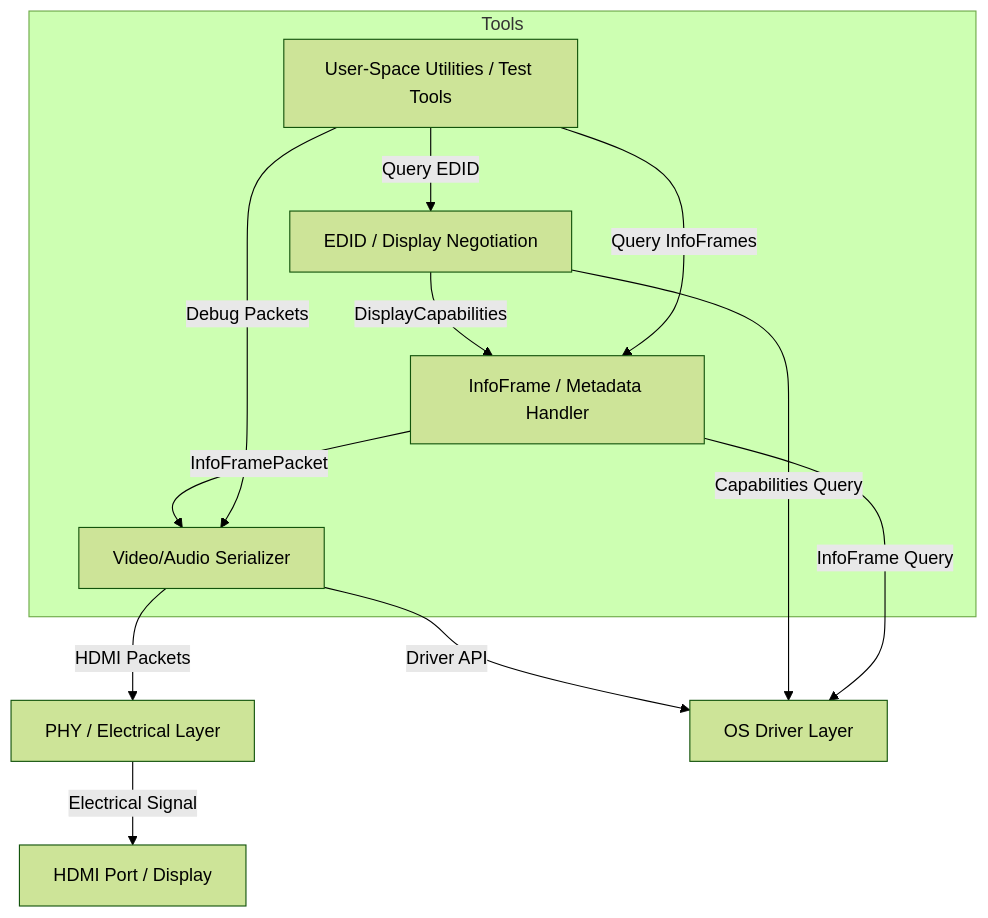
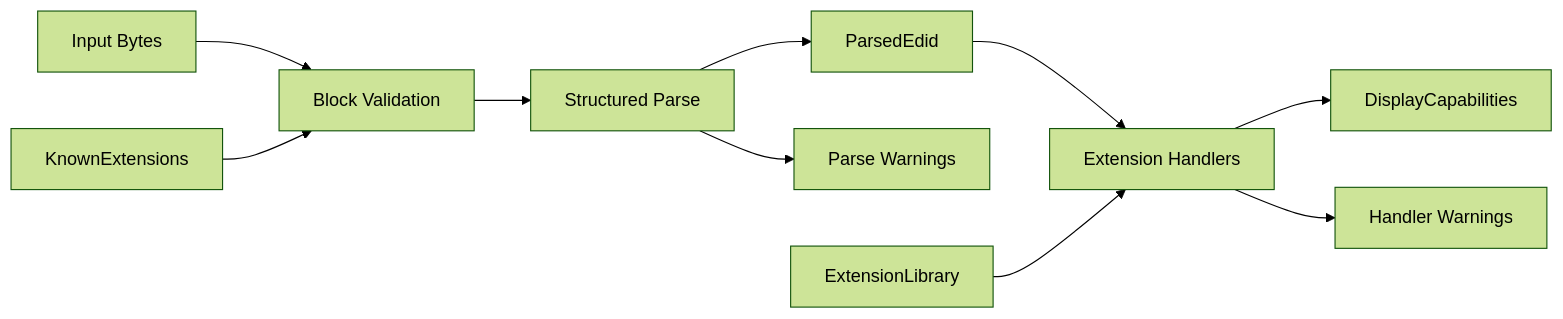
Before and after one commit to DracoWhitefire/piaf: the diagram in README.md, drawn with Mermaid (forest theme). The commit also changed other lines of this file, not shown here.

````diff
--- a/README.md
+++ b/README.md
@@ -33,18 +22,12 @@
 ```mermaid
-flowchart TD
-    %% Modules
-    A[EDID / Display Negotiation] -->|DisplayCapabilities| B[InfoFrame / Metadata Handler]
-    B -->|InfoFramePacket| C[Video/Audio Serializer]
-    C -->|HDMI Packets| D[PHY / Electrical Layer]
-    D -->|Electrical Signal| E[HDMI Port / Display]
-    
-    C -->|Driver API| F[OS Driver Layer]
-    A -->|Capabilities Query| F
-    B -->|InfoFrame Query| F
-    
-    subgraph Tools
-        G[User-Space Utilities / Test Tools] -->|Query EDID| A
-        G -->|Query InfoFrames| B
-        G -->|Debug Packets| C
-    end
+flowchart LR
+    A[Input Bytes] --> B[Block Validation]
+    K[KnownExtensions] --> B
+    B --> C[Structured Parse]
+    C --> D[ParsedEdid]
+    C --> G[Parse Warnings]
+    D --> E[Extension Handlers]
+    L[ExtensionLibrary] --> E
+    E --> F[DisplayCapabilities]
+    E --> H[Handler Warnings]
 ```
````
